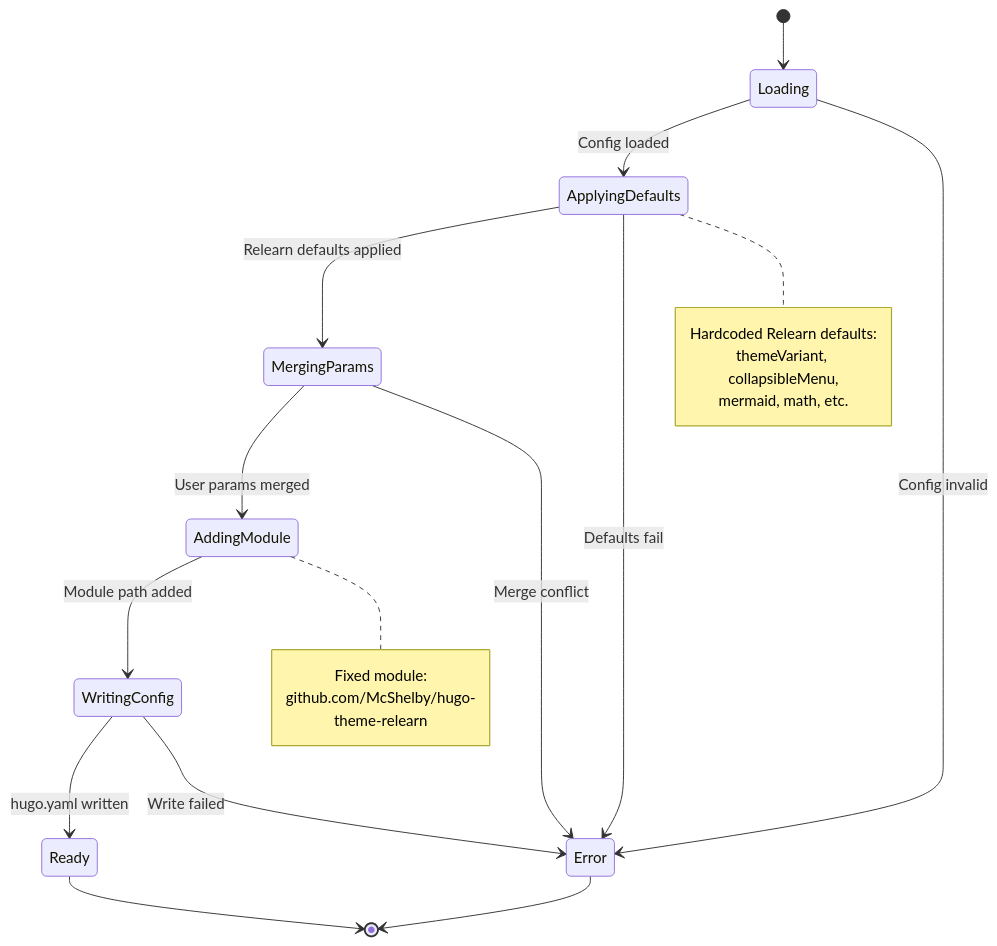
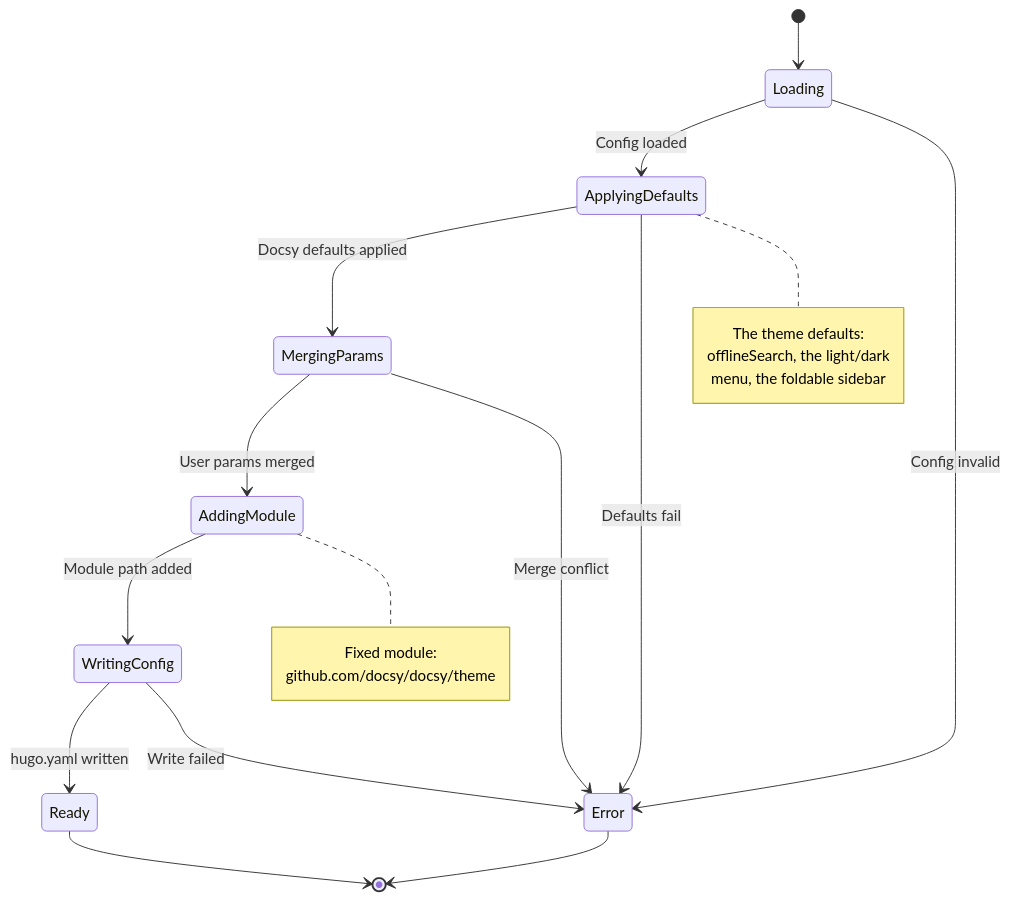
One commit to inful/docbuilder changed the third of 6 diagrams in docs/explanation/diagrams/state-machines.md. Above: the diagram before and after it, drawn with Mermaid. The commit also changed other lines of this file and 134 other files, not shown here.

First line of the commit message:
feat!: the Docsy theme is the theme (#111)

````diff
--- a/docs/explanation/diagrams/state-machines.md
+++ b/docs/explanation/diagrams/state-machines.md
@@ -262,28 +262,28 @@
 ```mermaid
 stateDiagram-v2
     [*] --> Loading
     Loading --> ApplyingDefaults: Config loaded
-    ApplyingDefaults --> MergingParams: Relearn defaults applied
+    ApplyingDefaults --> MergingParams: Docsy defaults applied
     MergingParams --> AddingModule: User params merged
     AddingModule --> WritingConfig: Module path added
     WritingConfig --> Ready: hugo.yaml written
     Ready --> [*]
     
     Loading --> Error: Config invalid
     ApplyingDefaults --> Error: Defaults fail
     MergingParams --> Error: Merge conflict
     WritingConfig --> Error: Write failed
     
     Error --> [*]
     
     note right of ApplyingDefaults
-        Hardcoded Relearn defaults:
-        themeVariant, collapsibleMenu,
-        mermaid, math, etc.
+        The theme defaults:
+        offlineSearch, the light/dark
+        menu, the foldable sidebar
     end note
     
     note right of AddingModule
         Fixed module:
-        github.com/McShelby/hugo-theme-relearn
+        github.com/docsy/docsy/theme
     end note
 ```
````
